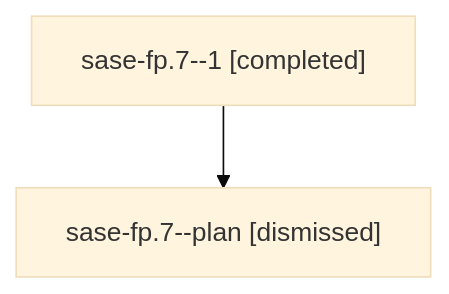
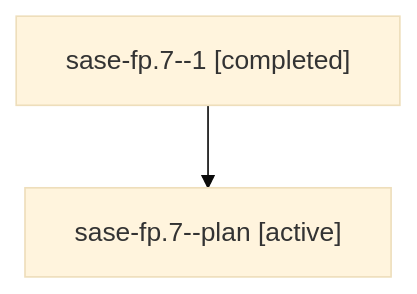
One commit to sase-org/sase--agents changed the diagram in families/bbugyi200.athena.sase-fp.7.md. Above: the diagram before and after it, drawn with Mermaid (base theme). The commit also changed other lines of this file and 4556 other files, not shown here.

````diff
--- a/families/bbugyi200.athena.sase-fp.7.md
+++ b/families/bbugyi200.athena.sase-fp.7.md
@@ -9,6 +9,6 @@
 ```mermaid
 flowchart TD
   n0["sase-fp.7--1 [completed]"]
-  n1["sase-fp.7--plan [dismissed]"]
+  n1["sase-fp.7--plan [active]"]
   n0 --> n1
 ```
````
